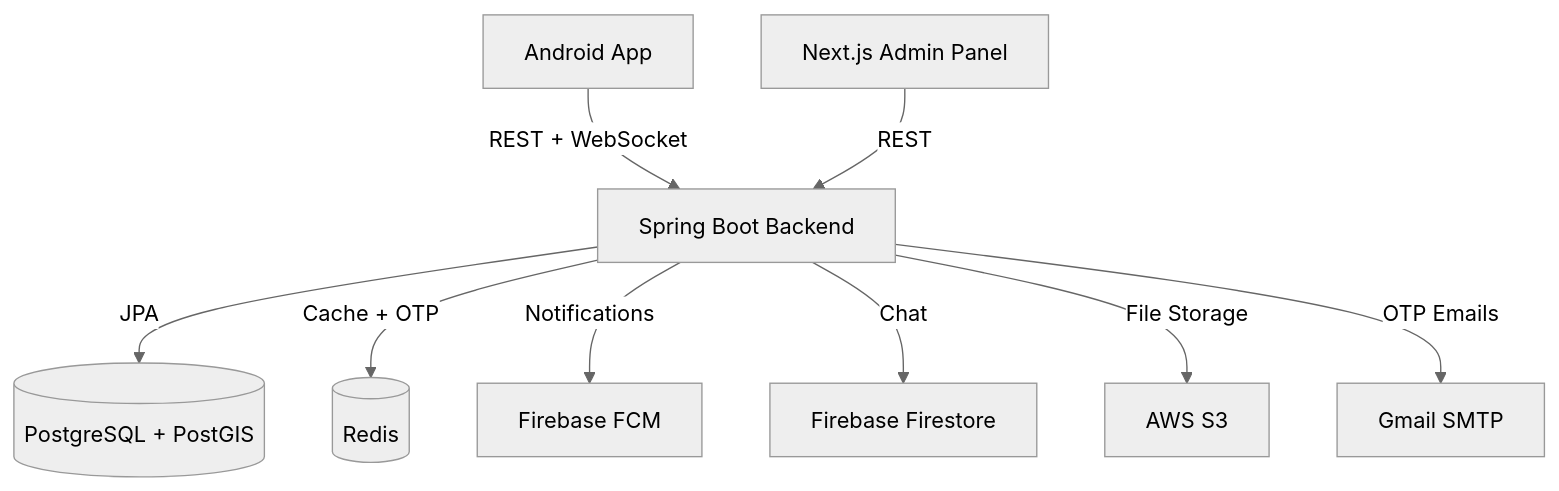
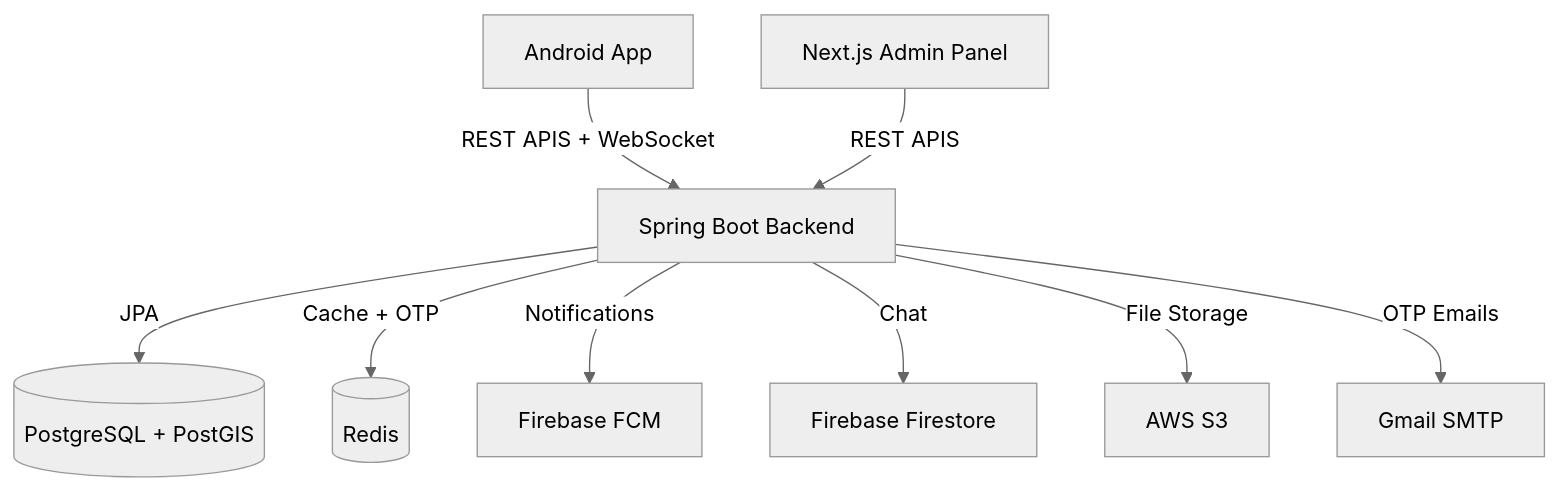
One commit to ShahidOulanMansha786/repairo-backend changed the first of 5 diagrams in README.md. Above: the diagram before and after it, drawn with Mermaid (neutral theme). The commit also changed other lines of this file, not shown here.

First line of the commit message:
Revise API endpoints and architecture in README

````diff
--- a/README.md
+++ b/README.md
@@ -31,11 +31,11 @@
 ```mermaid
 graph TD
-    Android[Android App] -->|REST + WebSocket| Backend[Spring Boot Backend]
-    AdminPanel[Next.js Admin Panel] -->|REST| Backend
+    Android[Android App] -->|REST APIS + WebSocket| Backend[Spring Boot Backend]
+    AdminPanel[Next.js Admin Panel] -->|REST APIS| Backend
     Backend -->|JPA| PostgreSQL[(PostgreSQL + PostGIS)]
     Backend -->|Cache + OTP| Redis[(Redis)]
     Backend -->|Notifications| FCM[Firebase FCM]
     Backend -->|Chat| Firestore[Firebase Firestore]
     Backend -->|File Storage| S3[AWS S3]
     Backend -->|OTP Emails| Gmail[Gmail SMTP]
 ```
````
